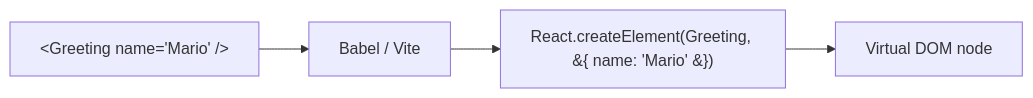
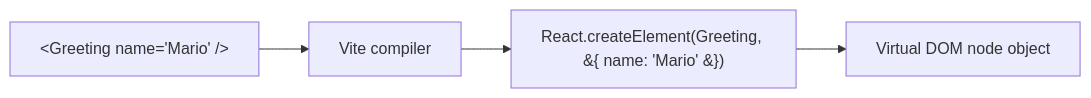
One commit to BabaScience/react-guides changed the third of 10 diagrams in arguments/chapters/01-fundamentals.md. Above: the diagram before and after it, drawn with Mermaid. The commit also changed other lines of this file and 46 other files, not shown here.

````diff
--- a/arguments/chapters/01-fundamentals.md
+++ b/arguments/chapters/01-fundamentals.md
@@ -124,6 +206,6 @@
 ```mermaid
 graph LR
-    JSX["&lt;Greeting name='Mario' /&gt;"] --> Babel[Babel / Vite]
-    Babel --> Call["React.createElement(Greeting, &#123; name: 'Mario' &#125;)"]
-    Call --> VNode["Virtual DOM node"]
+    JSX["&lt;Greeting name='Mario' /&gt;"] --> Compiler[Vite compiler]
+    Compiler --> Call["React.createElement(Greeting, &#123; name: 'Mario' &#125;)"]
+    Call --> VNode["Virtual DOM node object"]
 ```
````
